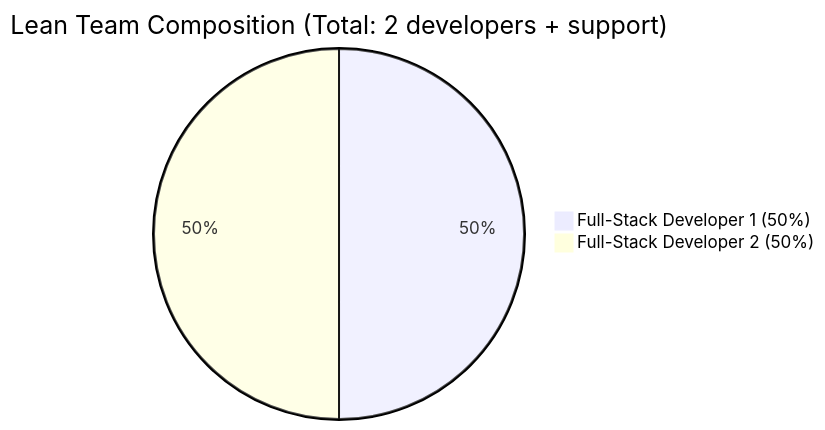
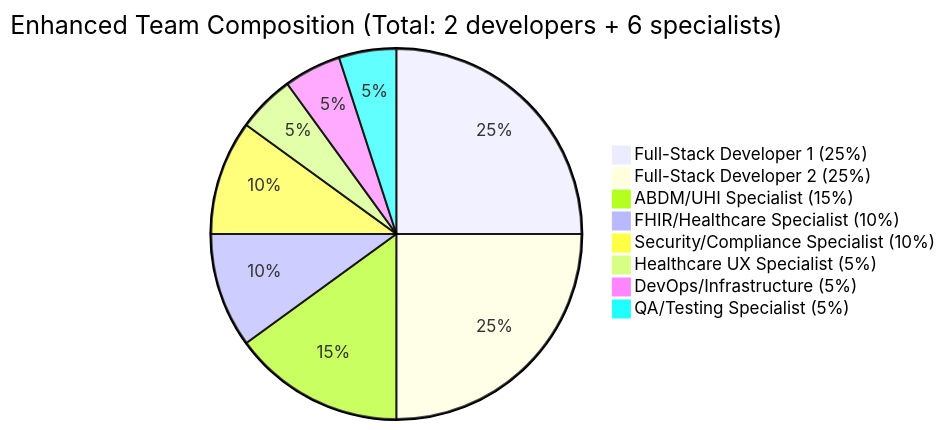
One commit to health-tech-uhi/blueprint changed the third of 11 diagrams in 05-implementation-plan.md. Above: the diagram before and after it, drawn with Mermaid. The commit also changed other lines of this file and 8 other files, not shown here.

````diff
--- a/05-implementation-plan.md
+++ b/05-implementation-plan.md
@@ -461,5 +554,11 @@
 ```mermaid
-pie title Lean Team Composition (Total: 2 developers + support)
-    "Full-Stack Developer 1 (50%)" : 50
-    "Full-Stack Developer 2 (50%)" : 50
+pie title Enhanced Team Composition (Total: 2 developers + 6 specialists)
+    "Full-Stack Developer 1 (25%)" : 25
+    "Full-Stack Developer 2 (25%)" : 25
+    "ABDM/UHI Specialist (15%)" : 15
+    "FHIR/Healthcare Specialist (10%)" : 10
+    "Security/Compliance Specialist (10%)" : 10
+    "Healthcare UX Specialist (5%)" : 5
+    "DevOps/Infrastructure (5%)" : 5
+    "QA/Testing Specialist (5%)" : 5
 ```
````
